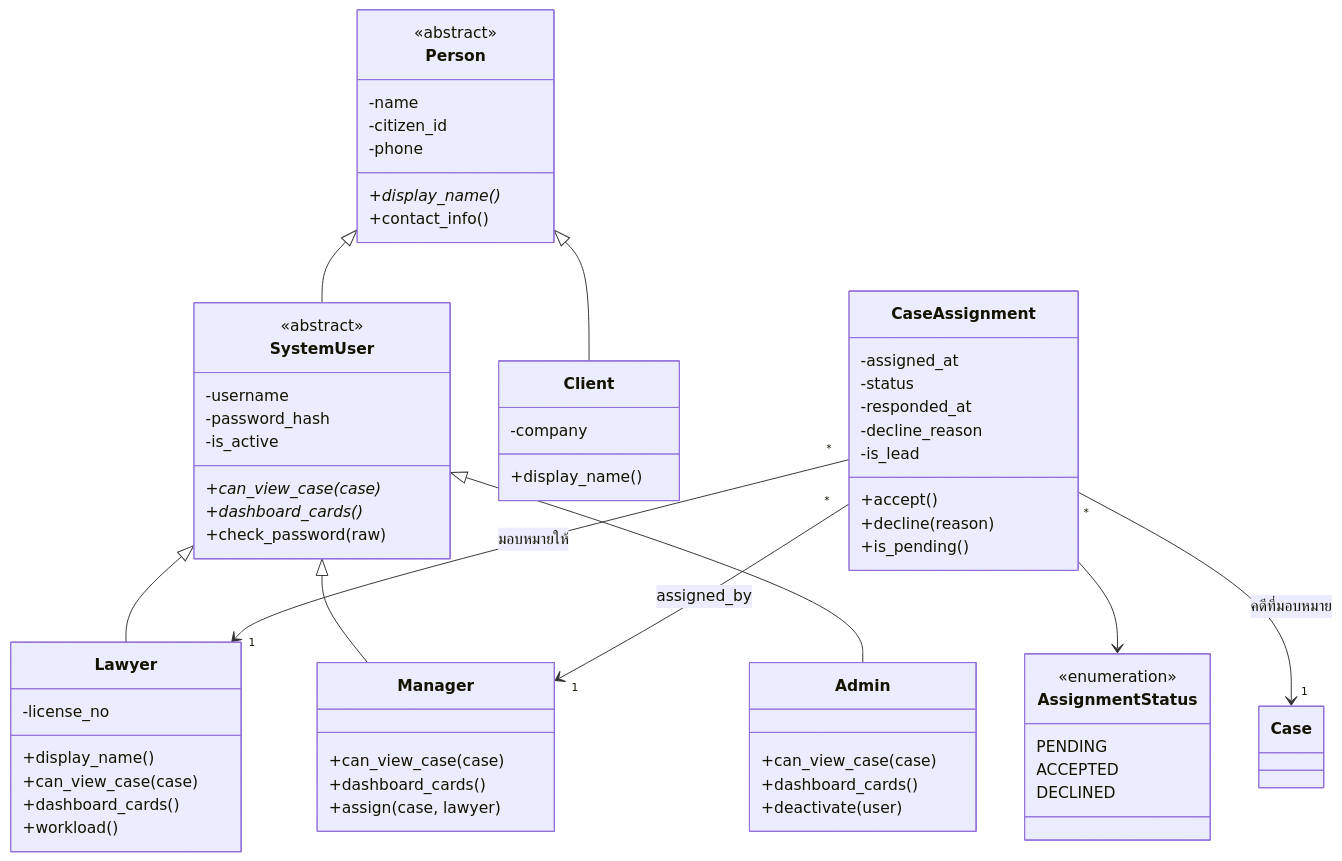
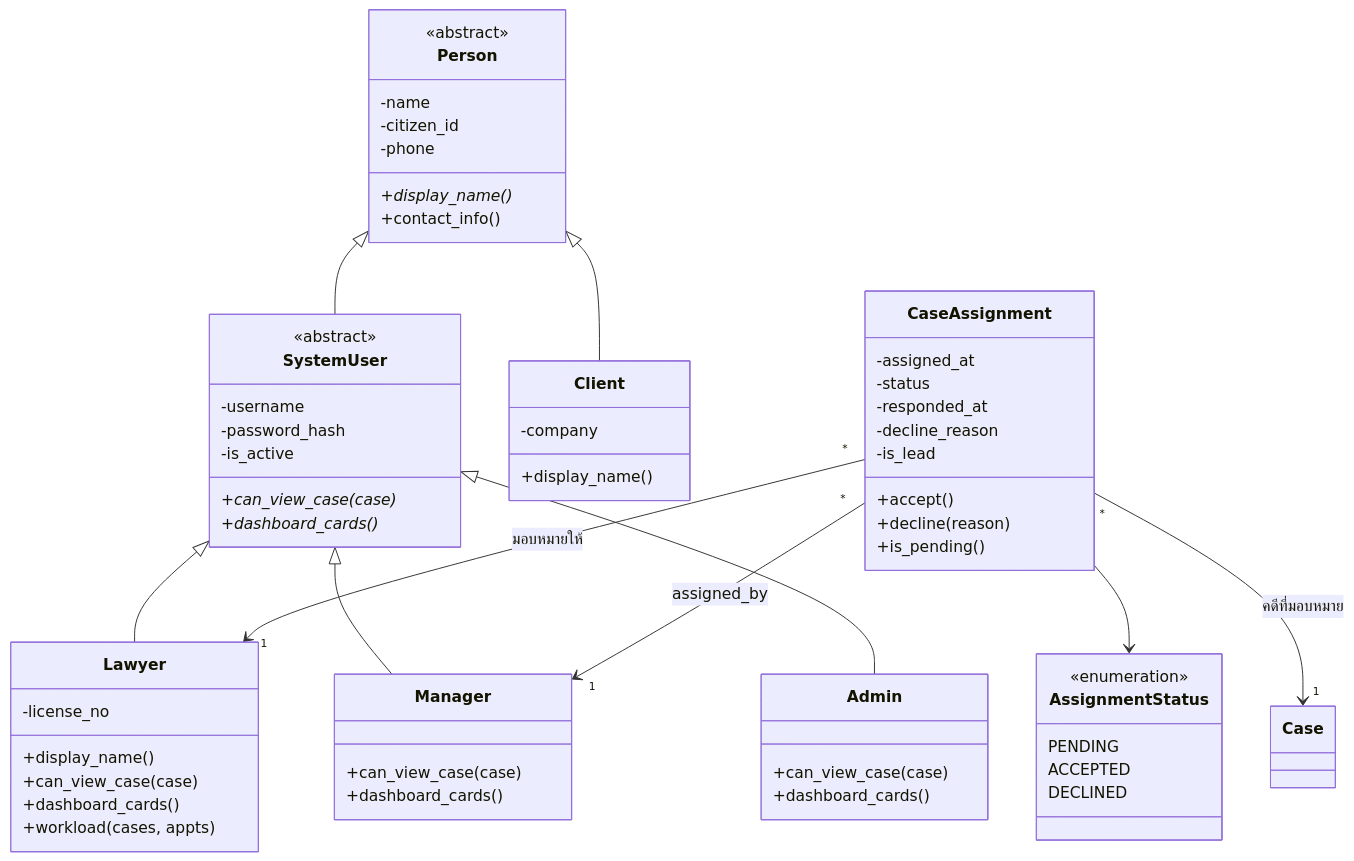
One commit to Maythane/Law-Firm-Project changed the first of 3 diagrams in uml.md. Above: the diagram before and after it, drawn with Mermaid. The commit also changed other lines of this file and 9 other files, not shown here.

First line of the commit message:
docs: update backlog, UML, README and add PRODUCT/DESIGN docs

````diff
--- a/uml.md
+++ b/uml.md
@@ -12,67 +12,64 @@
 ```mermaid
 classDiagram
     class Person {
         <<abstract>>
         -name
         -citizen_id
         -phone
         +display_name()*
         +contact_info()
     }
     class SystemUser {
         <<abstract>>
         -username
         -password_hash
         -is_active
         +can_view_case(case)*
         +dashboard_cards()*
-        +check_password(raw)
     }
     class Lawyer {
         -license_no
         +display_name()
         +can_view_case(case)
         +dashboard_cards()
-        +workload()
+        +workload(cases, appts)
     }
     class Manager {
         +can_view_case(case)
         +dashboard_cards()
-        +assign(case, lawyer)
     }
     class Admin {
         +can_view_case(case)
         +dashboard_cards()
-        +deactivate(user)
     }
     class Client {
         -company
         +display_name()
     }
     class CaseAssignment {
         -assigned_at
         -status
         -responded_at
         -decline_reason
         -is_lead
         +accept()
         +decline(reason)
         +is_pending()
     }
     class AssignmentStatus {
         <<enumeration>>
         PENDING
         ACCEPTED
         DECLINED
     }
 
     Person <|-- SystemUser
     Person <|-- Client
     SystemUser <|-- Lawyer
     SystemUser <|-- Manager
     SystemUser <|-- Admin
     CaseAssignment "*" --> "1" Lawyer : มอบหมายให้
     CaseAssignment "*" --> "1" Manager : assigned_by
     CaseAssignment --> AssignmentStatus
     CaseAssignment "*" --> "1" Case : คดีที่มอบหมาย
 ```
````
